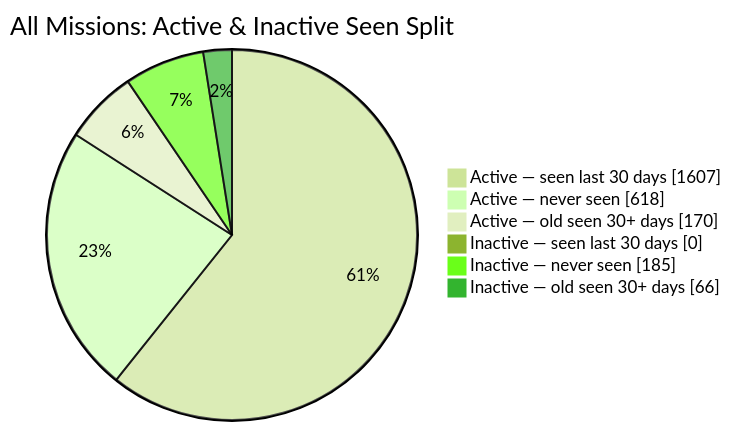
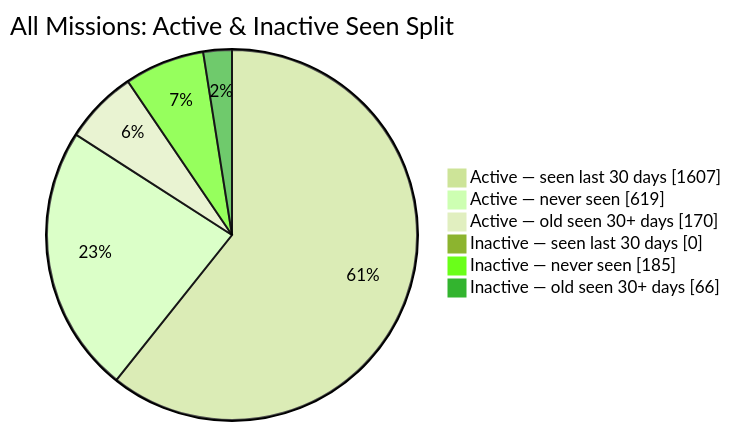
Before and after one commit to MeldkamerspelGameTeam/active-missions: the second of 2 diagrams in README.md, drawn with Mermaid (forest theme). The commit also changed other lines of this file and 4 other files, not shown here.

````diff
--- a/README.md
+++ b/README.md
@@ -44,10 +44,10 @@
 ```mermaid
 pie showData
     title All Missions: Active & Inactive Seen Split
     "Active — seen last 30 days" : 1607
-    "Active — never seen" : 618
+    "Active — never seen" : 619
     "Active — old seen 30+ days" : 170
     "Inactive — seen last 30 days" : 0
     "Inactive — never seen" : 185
     "Inactive — old seen 30+ days" : 66
 ```
````
